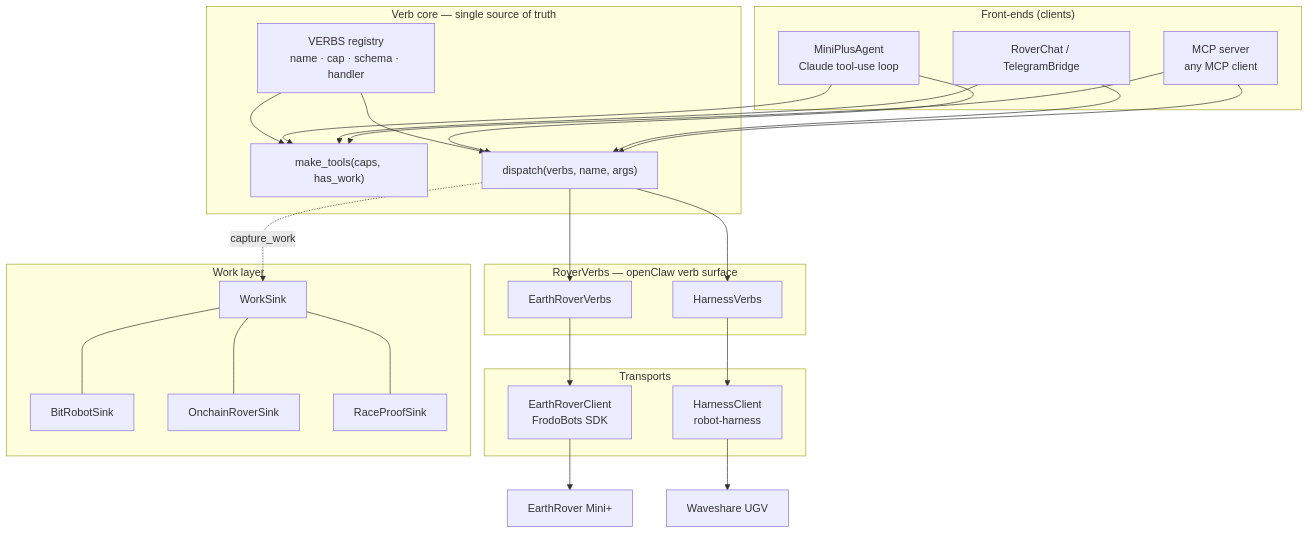
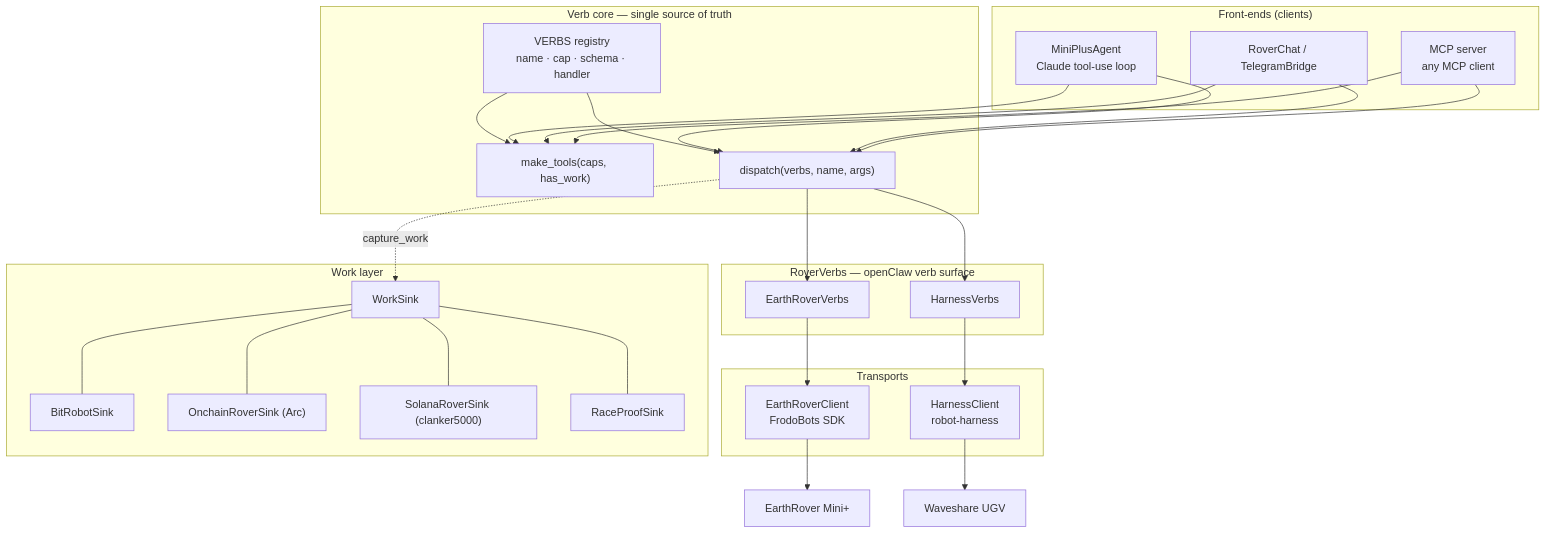
The first of 3 diagrams in README.md (0xSoftBoi/mini-plus-agent-kit), drawn with Mermaid before and after one commit. The commit also changed other lines of this file and 6 other files, not shown here.

First line of the commit message:
feat(work): SolanaRoverSink — anchor robot work on the clanker5000 Solana program

````diff
--- a/README.md
+++ b/README.md
@@ -42,43 +42,45 @@
 ```mermaid
 flowchart TB
   subgraph FE["Front-ends (clients)"]
     AG["MiniPlusAgent<br/>Claude tool-use loop"]
     CH["RoverChat / TelegramBridge"]
     MC["MCP server<br/>any MCP client"]
   end
   subgraph CORE["Verb core — single source of truth"]
     REG["VERBS registry<br/>name · cap · schema · handler"]
     MT["make_tools(caps, has_work)"]
     DP["dispatch(verbs, name, args)"]
     REG --> MT
     REG --> DP
   end
   subgraph VB["RoverVerbs — openClaw verb surface"]
     ER["EarthRoverVerbs"]
     HV["HarnessVerbs"]
   end
   subgraph TR["Transports"]
     EC["EarthRoverClient<br/>FrodoBots SDK"]
     HC["HarnessClient<br/>robot-harness"]
   end
   subgraph WK["Work layer"]
     WS["WorkSink"]
     BR["BitRobotSink"]
-    OR["OnchainRoverSink"]
+    OR["OnchainRoverSink (Arc)"]
+    SR["SolanaRoverSink (clanker5000)"]
     RP["RaceProofSink"]
     WS --- BR
     WS --- OR
+    WS --- SR
     WS --- RP
   end
   AG --> MT
   CH --> MT
   MC --> MT
   AG --> DP
   CH --> DP
   MC --> DP
   DP --> ER
   DP --> HV
   ER --> EC --> MINI["EarthRover Mini+"]
   HV --> HC --> UGV["Waveshare UGV"]
   DP -. capture_work .-> WS
 ```
````
